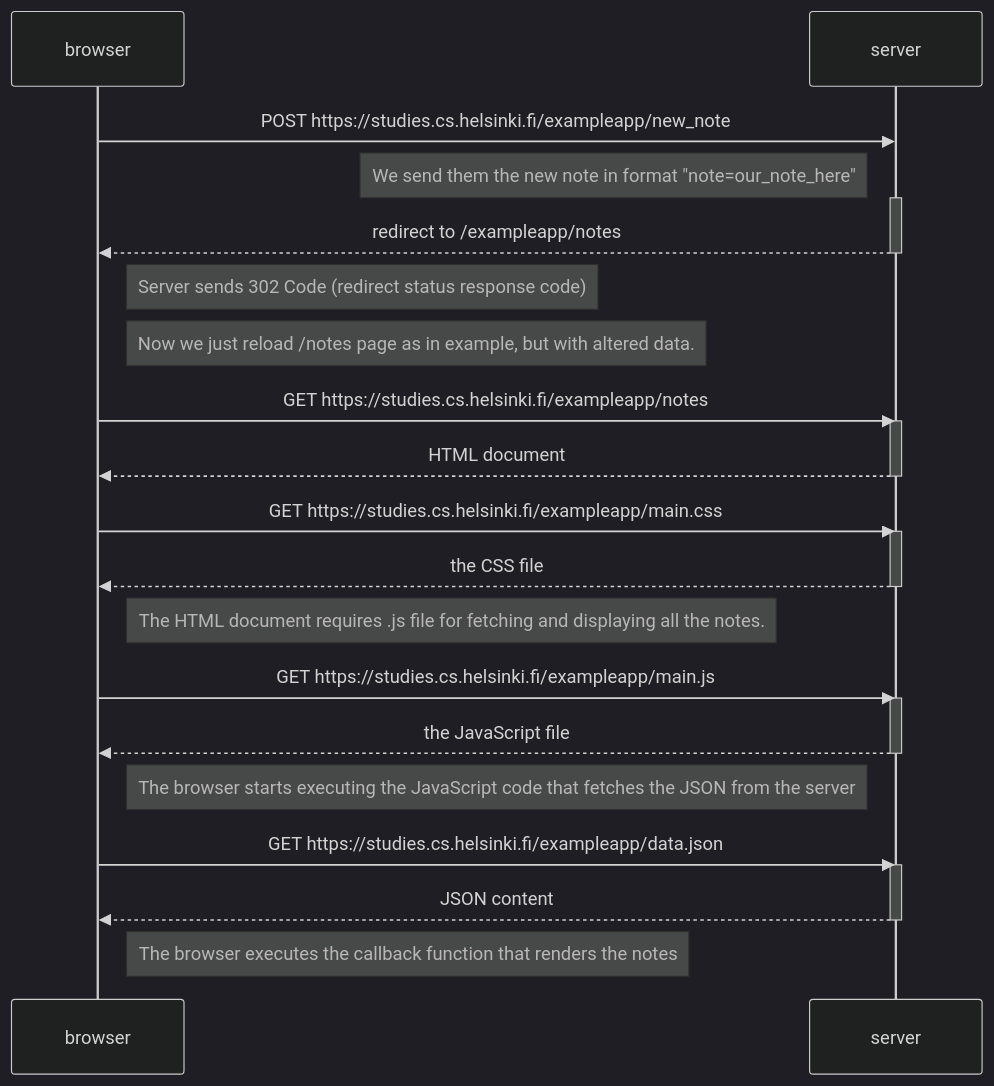
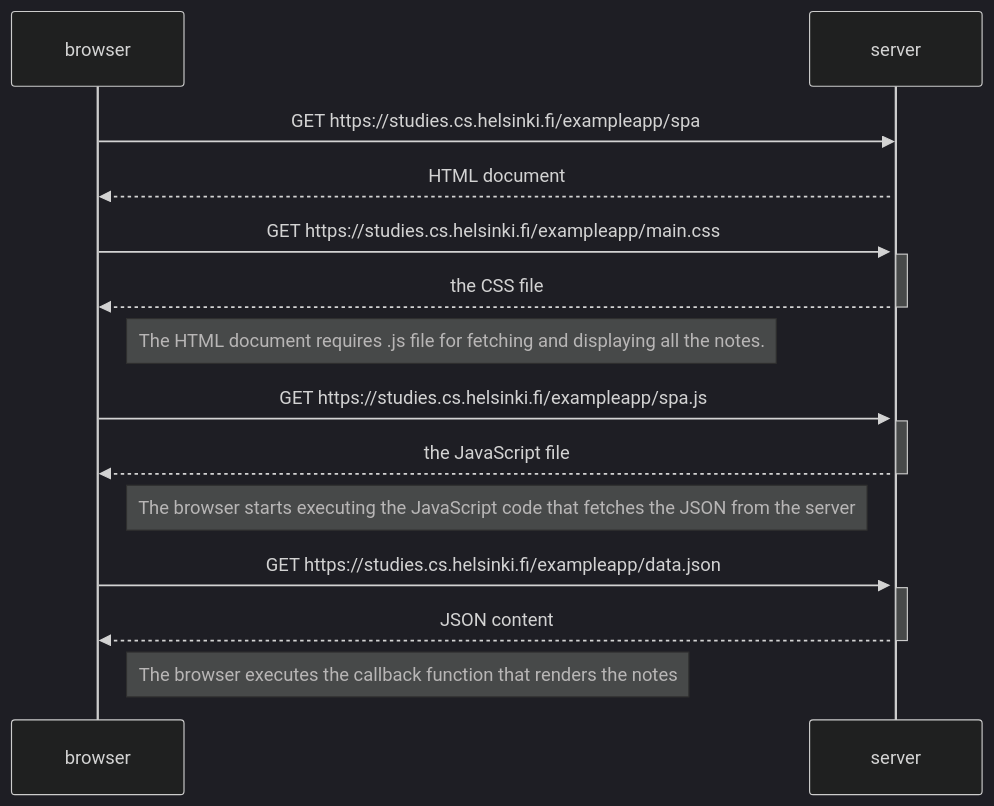
The diagram in part0/5_single_page_app_diagram.md (adityaagrawal53/full-stack-open-2024), drawn with Mermaid (dark theme) before and after one commit. The commit also changed 1 other file, not shown here.

Commit message:
0.5 and 0.6 complete i think

````diff
--- a/part0/5_single_page_app_diagram.md
+++ b/part0/5_single_page_app_diagram.md
@@ -2,39 +2,29 @@
 ```mermaid
     sequenceDiagram
         participant browser
         participant server
 
-        browser->>server: POST https://studies.cs.helsinki.fi/exampleapp/new_note
-        Note left of server: We send them the new note in format "note=our_note_here"
-        activate server
-        server-->>browser: redirect to /exampleapp/notes
-        deactivate server
-        Note right of browser: Server sends 302 Code (redirect status response code)
-
-        Note right of browser: Now we just reload /notes page as in example, but with altered data.
-
-        browser->>server: GET https://studies.cs.helsinki.fi/exampleapp/notes
+        browser->>server: GET https://studies.cs.helsinki.fi/exampleapp/spa
         activate server
         server-->>browser: HTML document
-        deactivate server
         
         browser->>server: GET https://studies.cs.helsinki.fi/exampleapp/main.css
         activate server
         server-->>browser: the CSS file
         deactivate server
         Note right of browser: The HTML document requires .js file for fetching and displaying all the notes. 
 
-        browser->>server: GET https://studies.cs.helsinki.fi/exampleapp/main.js
+        browser->>server: GET https://studies.cs.helsinki.fi/exampleapp/spa.js
         activate server
         server-->>browser: the JavaScript file
         deactivate server
 
         Note right of browser: The browser starts executing the JavaScript code that fetches the JSON from the server
 
         browser->>server: GET https://studies.cs.helsinki.fi/exampleapp/data.json
         activate server
         server-->>browser: JSON content
         deactivate server
 
         Note right of browser: The browser executes the callback function that renders the notes
 ```
````
